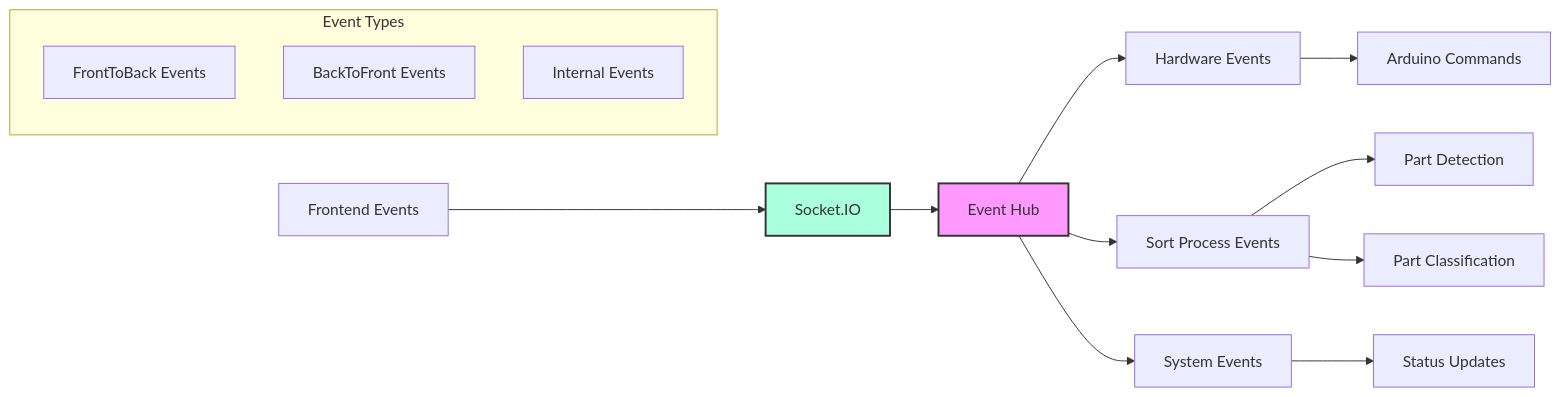
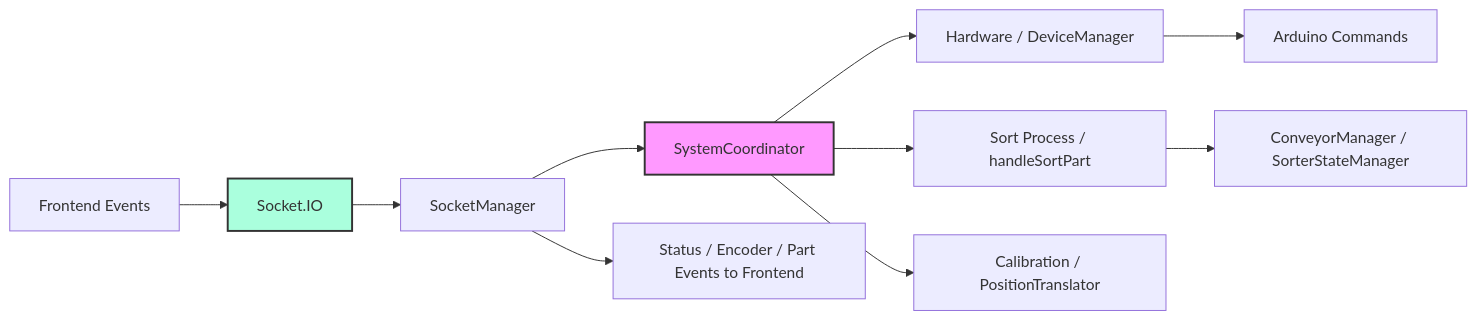
The sixth of 6 diagrams in ARCHITECTURE.md (1benisin/rebrick-sorter), drawn with Mermaid before and after one commit. The commit also changed other lines of this file and 44 other files, not shown here.

````diff
--- a/ARCHITECTURE.md
+++ b/ARCHITECTURE.md
@@ -496,22 +503,16 @@
 ```mermaid
 graph LR
     A[Frontend Events] --> B[Socket.IO]
-    B --> C[Event Hub]
-    C --> D[Hardware Events]
-    C --> E[Sort Process Events]
-    C --> F[System Events]
+    B --> C[SocketManager]
+    C --> D[SystemCoordinator]
+    D --> E[Hardware / DeviceManager]
+    D --> F[Sort Process / handleSortPart]
+    D --> G[Calibration / PositionTranslator]
 
-    D --> G[Arduino Commands]
-    E --> H[Part Detection]
-    E --> I[Part Classification]
-    F --> J[Status Updates]
+    E --> H[Arduino Commands]
+    F --> I[ConveyorManager / SorterStateManager]
+    C --> J[Status / Encoder / Part Events to Frontend]
 
-    subgraph Event Types
-        K[FrontToBack Events]
-        L[BackToFront Events]
-        M[Internal Events]
-    end
-
-    style C fill:#f9f,stroke:#333,stroke-width:2px
+    style D fill:#f9f,stroke:#333,stroke-width:2px
     style B fill:#afd,stroke:#333,stroke-width:2px
 ```
````
